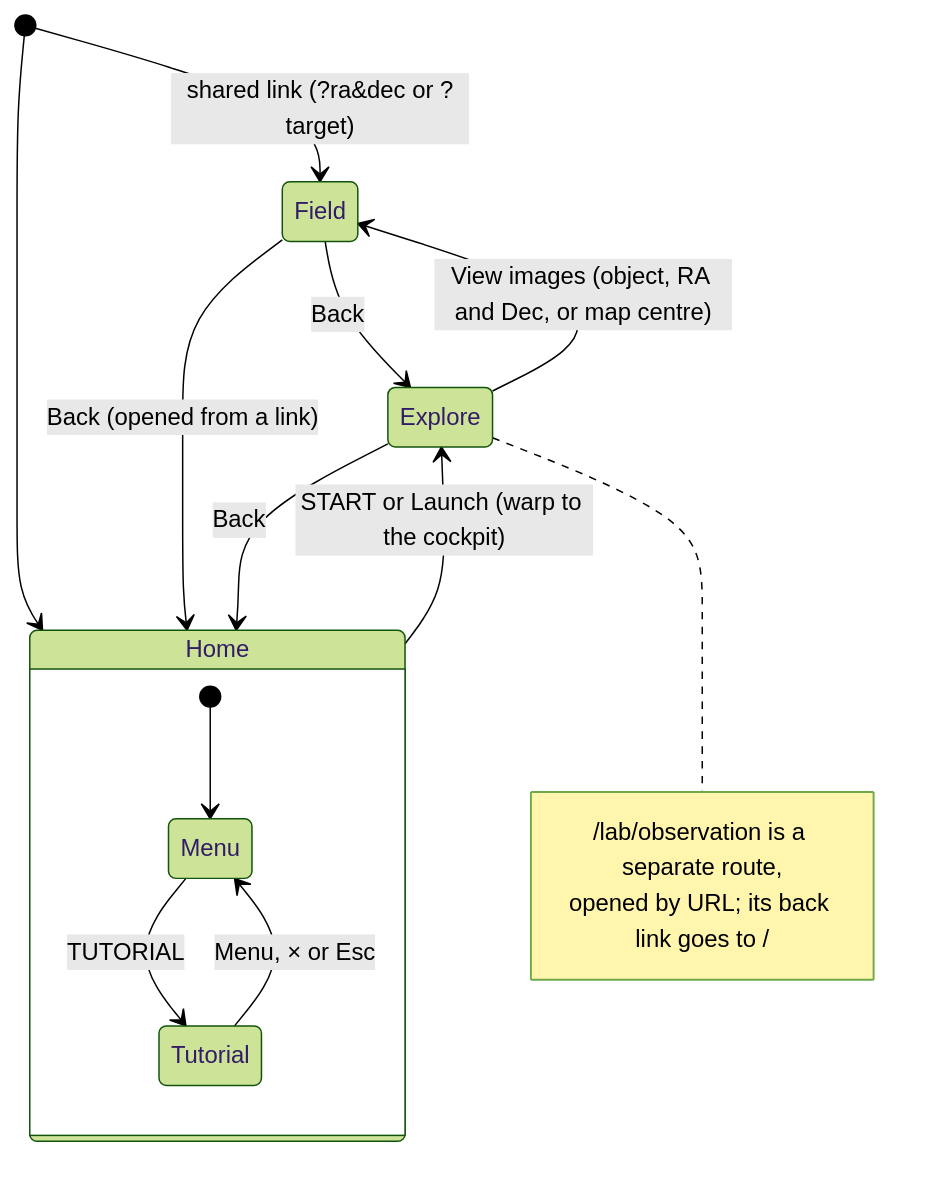
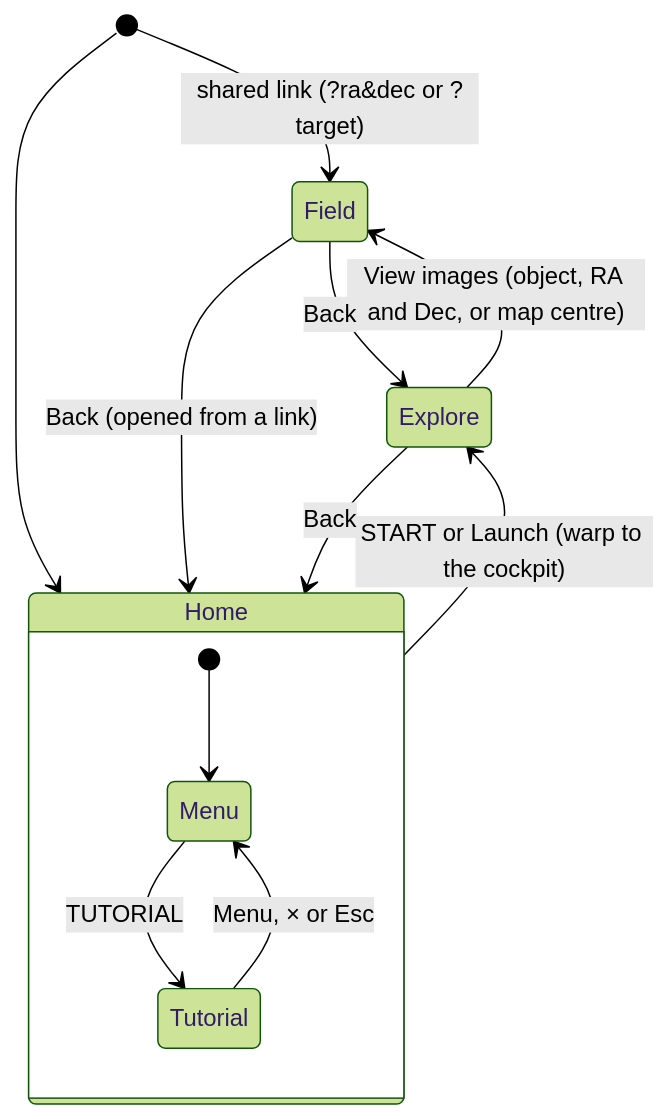
One commit to toroc07/nebo-app changed the ninth of 10 diagrams in docs/architecture.md. Above: the diagram before and after it, drawn with Mermaid (forest theme). The commit also changed other lines of this file and 30 other files, not shown here.

````diff
--- a/docs/architecture.md
+++ b/docs/architecture.md
@@ -466,19 +466,15 @@
 ```mermaid
 stateDiagram-v2
   [*] --> Home
   state Home {
     [*] --> Menu
     Menu --> Tutorial: TUTORIAL
     Tutorial --> Menu: Menu, × or Esc
   }
   Home --> Explore: START or Launch (warp to the cockpit)
   Explore --> Field: View images (object, RA and Dec, or map centre)
   [*] --> Field: shared link (?ra&dec or ?target)
   Field --> Explore: Back
   Field --> Home: Back (opened from a link)
   Explore --> Home: Back
-  note right of Explore
-    /lab/observation is a separate route,
-    opened by URL; its back link goes to /
-  end note
 ```
````
